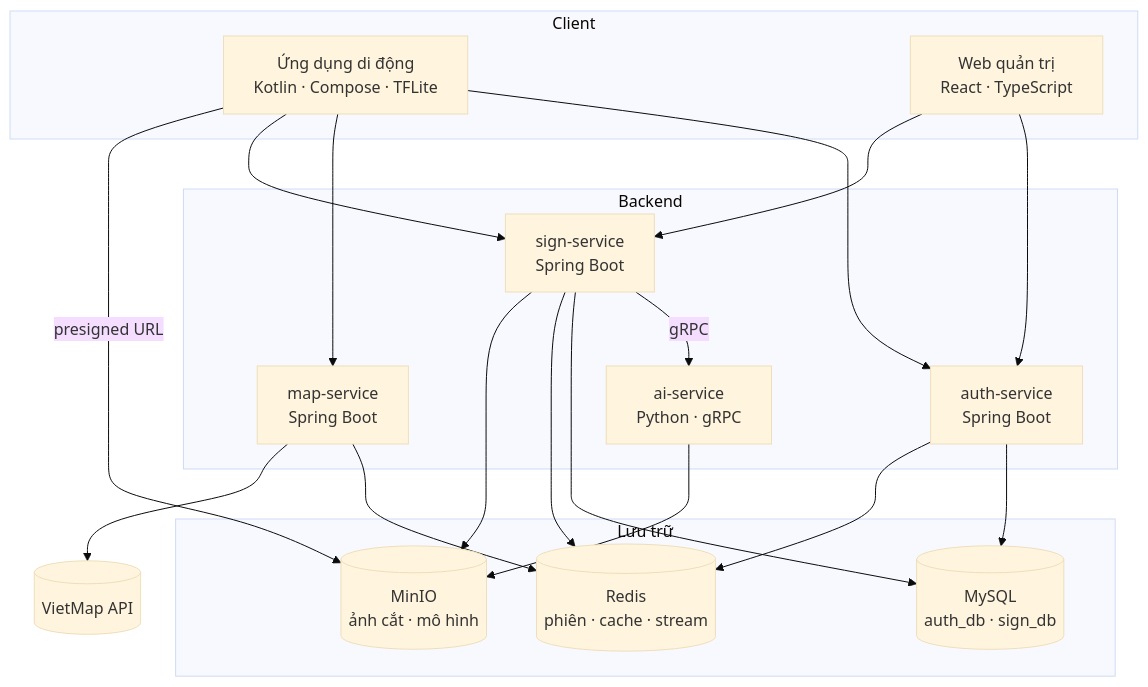
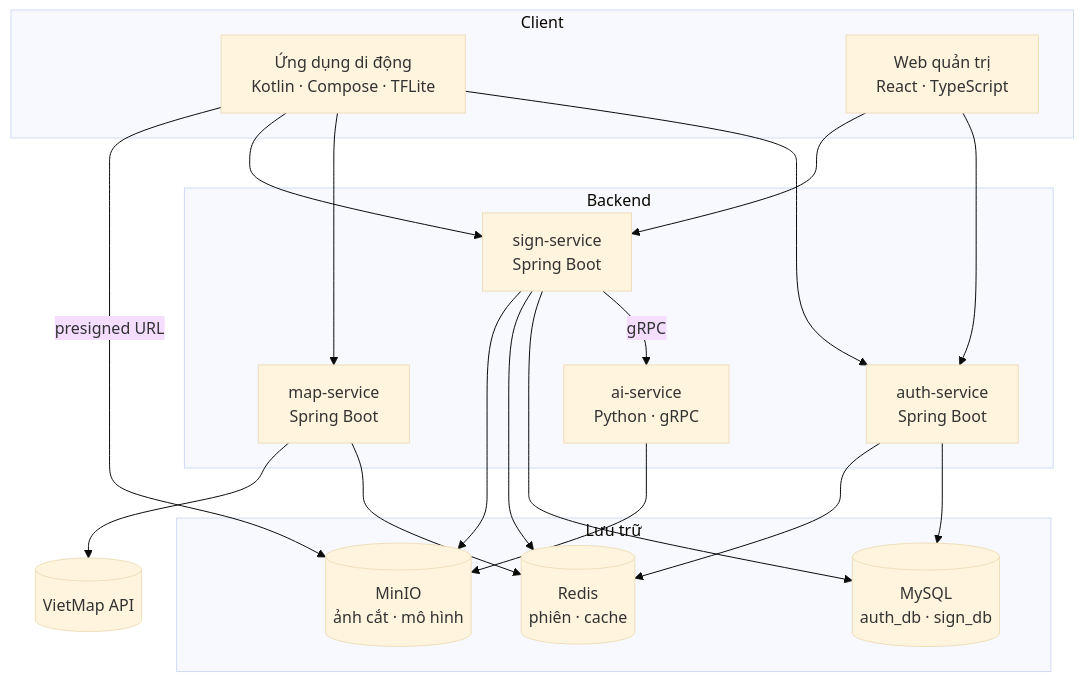
The second of 8 diagrams in docs/03-kien-truc.md (hana200804/DoAn), drawn with Mermaid (base theme) before and after one commit. The commit also changed other lines of this file and 10 other files, not shown here.

````diff
--- a/docs/03-kien-truc.md
+++ b/docs/03-kien-truc.md
@@ -39,36 +39,36 @@
 ```mermaid
 flowchart TB
     subgraph Client["Client"]
         App["Ứng dụng di động<br/>Kotlin · Compose · TFLite"]
         Web["Web quản trị<br/>React · TypeScript"]
     end
 
     subgraph Backend["Backend"]
         Auth["auth-service<br/>Spring Boot"]
         Map["map-service<br/>Spring Boot"]
         Sign["sign-service<br/>Spring Boot"]
         AI["ai-service<br/>Python · gRPC"]
     end
 
     subgraph Storage["Lưu trữ"]
         MySQL[("MySQL<br/>auth_db · sign_db")]
-        Redis[("Redis<br/>phiên · cache · stream")]
+        Redis[("Redis<br/>phiên · cache")]
         MinIO[("MinIO<br/>ảnh cắt · mô hình")]
     end
 
     App --> Auth
     App --> Map
     App --> Sign
     App -->|presigned URL| MinIO
     Web --> Auth
     Web --> Sign
     Sign -->|gRPC| AI
     Auth --> MySQL
     Sign --> MySQL
     Auth --> Redis
     Sign --> Redis
     Map --> Redis
     Sign --> MinIO
     AI --> MinIO
     Map --> VietMap[(VietMap API)]
 ```
````
